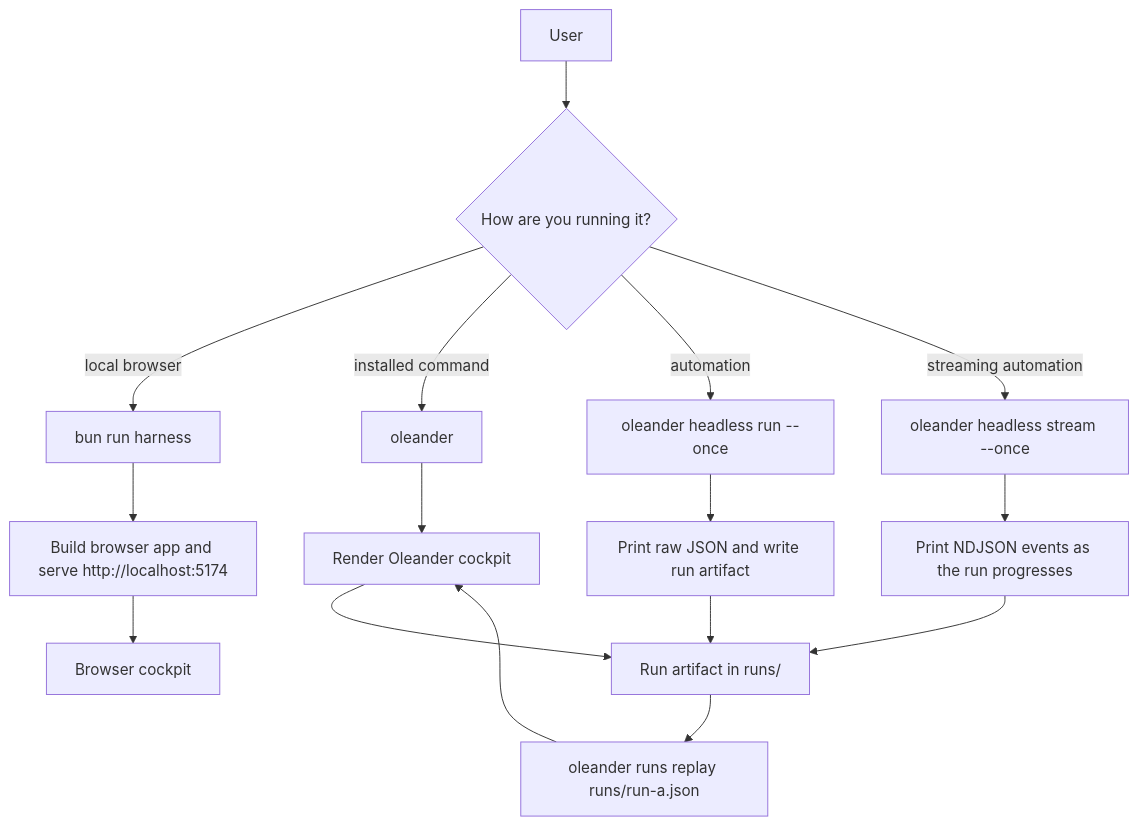
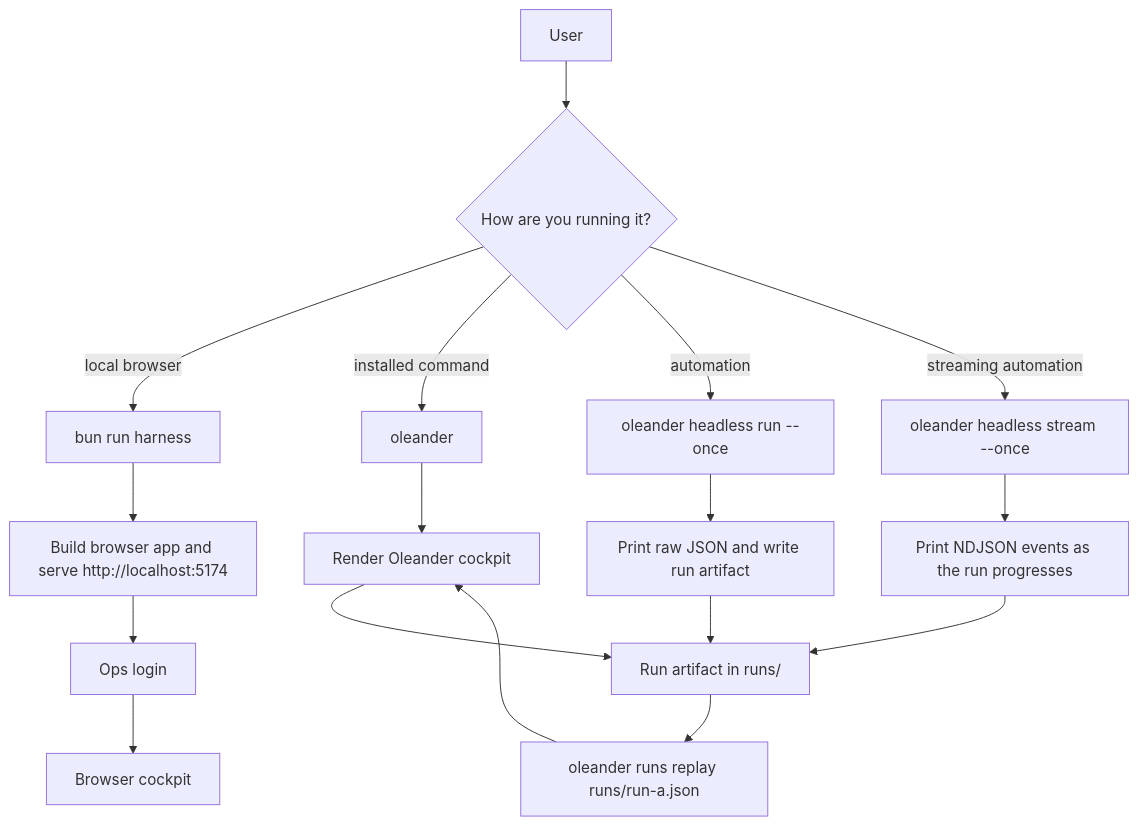
Before and after one commit to zapproject/oleander: the first of 2 diagrams in README.md, drawn with Mermaid. The commit also changed other lines of this file and 9 other files, not shown here.

Commit message:
Add ops login and bottom app bar

````diff
--- a/README.md
+++ b/README.md
@@ -74,20 +74,21 @@
 ```mermaid
 flowchart TD
   user[User] --> install{How are you running it?}
   install -->|local browser| harness["bun run harness"]
   install -->|installed command| oleander["oleander"]
   install -->|automation| headless["oleander headless run --once"]
   install -->|streaming automation| stream["oleander headless stream --once"]
 
   harness --> serve["Build browser app and serve http://localhost:5174"]
+  serve --> login["Ops login"]
   oleander --> cockpit["Render Oleander cockpit"]
   headless --> json["Print raw JSON and write run artifact"]
   stream --> ndjson["Print NDJSON events as the run progresses"]
 
-  serve --> browser["Browser cockpit"]
+  login --> browser["Browser cockpit"]
   cockpit --> artifact["Run artifact in runs/"]
   json --> artifact
   ndjson --> artifact
   artifact --> replay["oleander runs replay runs/run-a.json"]
   replay --> cockpit
 ```
````
